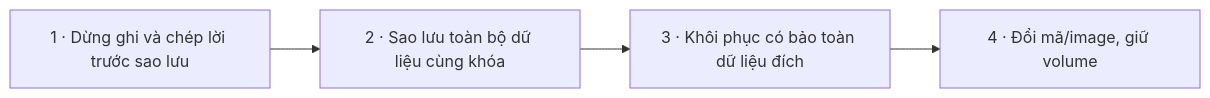
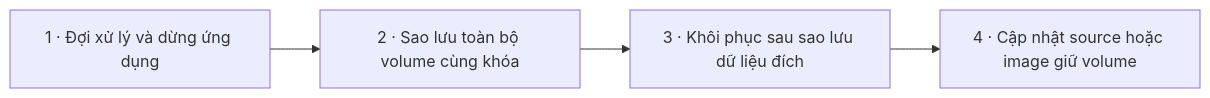
The fifth of 22 diagrams in docs/WORKFLOW.md (Thequancute215-sys/cun-zoom), drawn with Mermaid before and after one commit. The commit also changed other lines of this file and 33 other files, not shown here.

Commit message:
Add account OTP and one-time license flow with deployment handover

````diff
--- a/docs/WORKFLOW.md
+++ b/docs/WORKFLOW.md
@@ -110,10 +137,10 @@
 ```mermaid
 flowchart LR
-  s1["1 · Dừng ghi và chép lời trước sao lưu"]
-  s2["2 · Sao lưu toàn bộ dữ liệu cùng khóa"]
+  s1["1 · Đợi xử lý và dừng ứng dụng"]
+  s2["2 · Sao lưu toàn bộ volume cùng khóa"]
   s1 --> s2
-  s3["3 · Khôi phục có bảo toàn dữ liệu đích"]
+  s3["3 · Khôi phục sau sao lưu dữ liệu đích"]
   s2 --> s3
-  s4["4 · Đổi mã/image, giữ volume"]
+  s4["4 · Cập nhật source hoặc image giữ volume"]
   s3 --> s4
 ```
````
